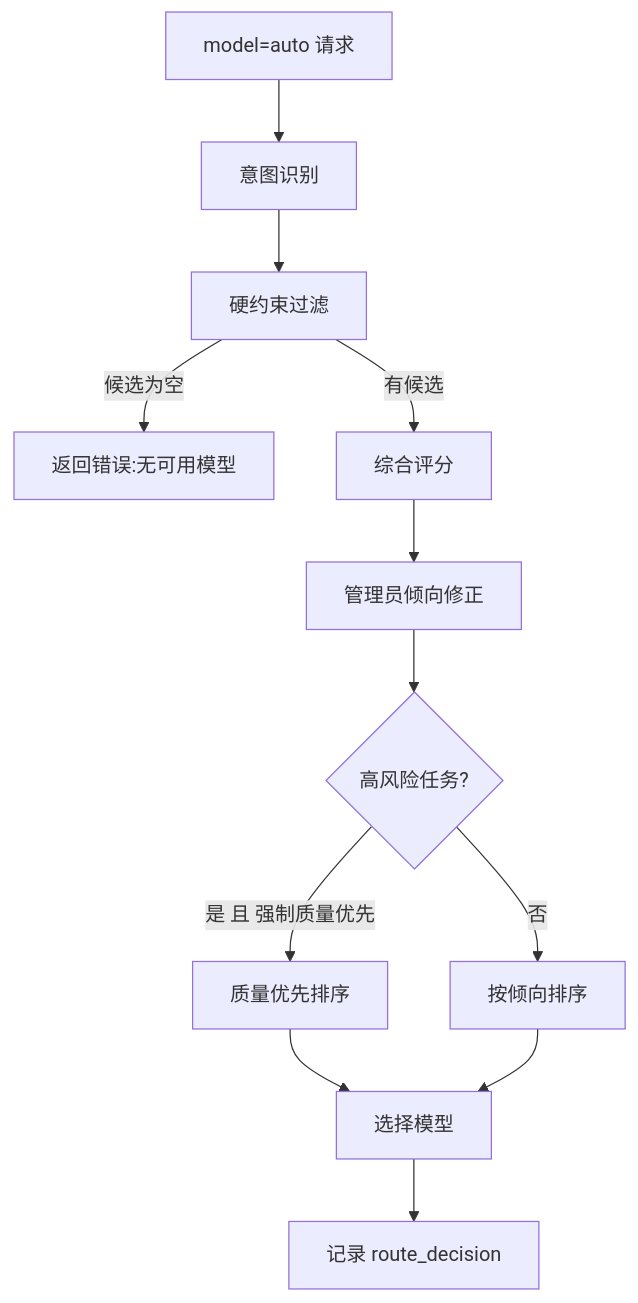
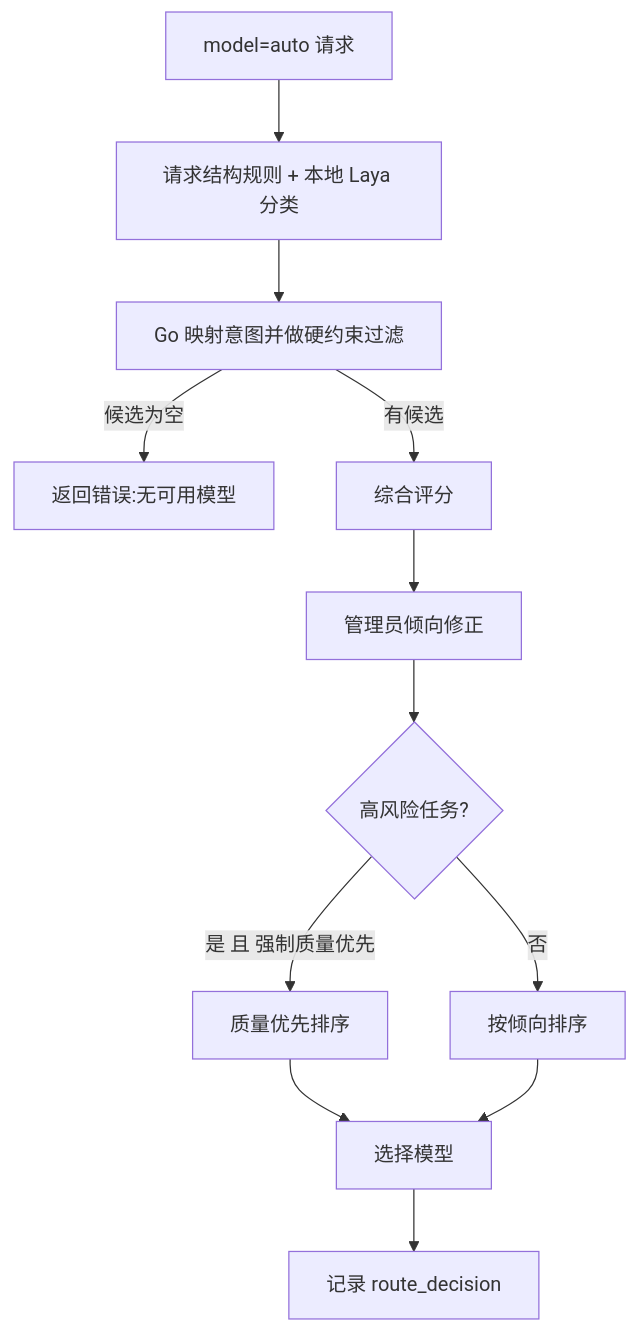
The first of 8 diagrams in docs/design-openai-gateway.md (hchw/slogan), drawn with Mermaid before and after one commit. The commit also changed other lines of this file and 126 other files, not shown here.

````diff
--- a/docs/design-openai-gateway.md
+++ b/docs/design-openai-gateway.md
@@ -129,14 +131,14 @@
 ```mermaid
 flowchart TD
-    A[model=auto 请求] --> B[意图识别]
-    B --> C[硬约束过滤]
+    A[model=auto 请求] --> B[请求结构规则 + 本地 Laya 分类]
+    B --> C[Go 映射意图并做硬约束过滤]
     C -->|候选为空| X[返回错误:无可用模型]
     C -->|有候选| D[综合评分]
     D --> E[管理员倾向修正]
     E --> F{高风险任务?}
     F -->|是 且 强制质量优先| G[质量优先排序]
     F -->|否| H[按倾向排序]
     G --> I[选择模型]
     H --> I
     I --> J[记录 route_decision]
 ```
````
